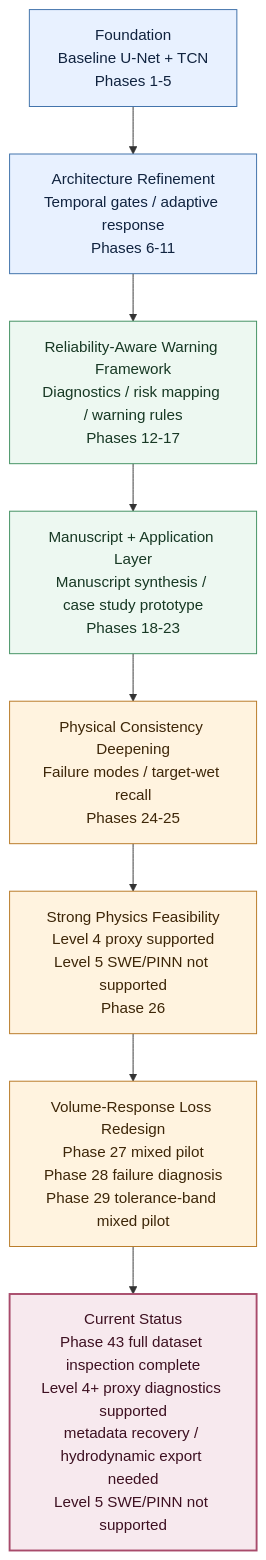
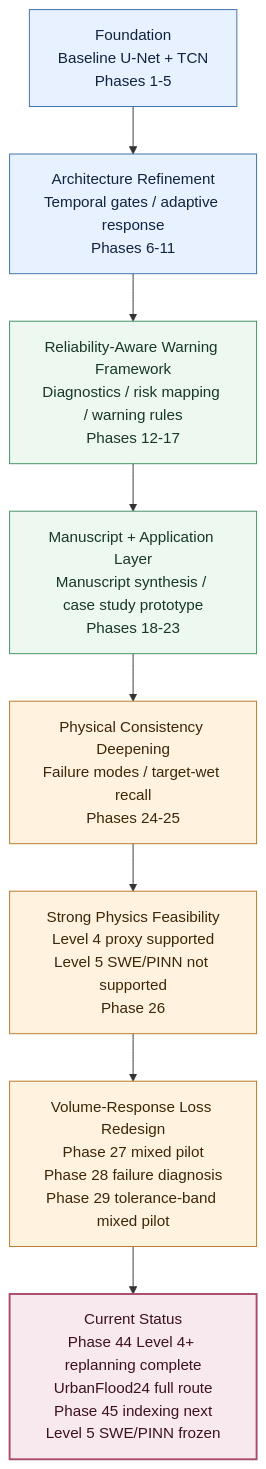
One commit to HolyLin990604/physics-guided-urban-flood-prediction changed the second of 3 diagrams in README.md. Above: the diagram before and after it, drawn with Mermaid. The commit also changed other lines of this file and 2 other files, not shown here.

Commit message:
docs: sync phase44 urbanflood24 full level4plus replanning status

````diff
--- a/README.md
+++ b/README.md
@@ -28,18 +28,18 @@
 ```mermaid
 flowchart TB
     A["Foundation<br/>Baseline U-Net + TCN<br/>Phases 1-5"]:::foundation
     B["Architecture Refinement<br/>Temporal gates / adaptive response<br/>Phases 6-11"]:::foundation
     C["Reliability-Aware Warning Framework<br/>Diagnostics / risk mapping / warning rules<br/>Phases 12-17"]:::reliability
     D["Manuscript + Application Layer<br/>Manuscript synthesis / case study prototype<br/>Phases 18-23"]:::reliability
     E["Physical Consistency Deepening<br/>Failure modes / target-wet recall<br/>Phases 24-25"]:::physics
     F["Strong Physics Feasibility<br/>Level 4 proxy supported<br/>Level 5 SWE/PINN not supported<br/>Phase 26"]:::physics
     G["Volume-Response Loss Redesign<br/>Phase 27 mixed pilot<br/>Phase 28 failure diagnosis<br/>Phase 29 tolerance-band mixed pilot"]:::physics
-    H["Current Status<br/>Phase 43 full dataset inspection complete<br/>Level 4+ proxy diagnostics supported<br/>metadata recovery / hydrodynamic export needed<br/>Level 5 SWE/PINN not supported"]:::current
+    H["Current Status<br/>Phase 44 Level 4+ replanning complete<br/>UrbanFlood24 full route<br/>Phase 45 indexing next<br/>Level 5 SWE/PINN frozen"]:::current
 
     A --> B --> C --> D --> E --> F --> G --> H
 
     classDef foundation fill:#e8f1ff,stroke:#3b6ea8,stroke-width:1px,color:#10233f
     classDef reliability fill:#edf8f1,stroke:#3f8f5f,stroke-width:1px,color:#173824
     classDef physics fill:#fff3df,stroke:#b77722,stroke-width:1px,color:#3d2608
     classDef current fill:#f7e9ee,stroke:#a84b6b,stroke-width:2px,color:#3d1021
 ```
````
